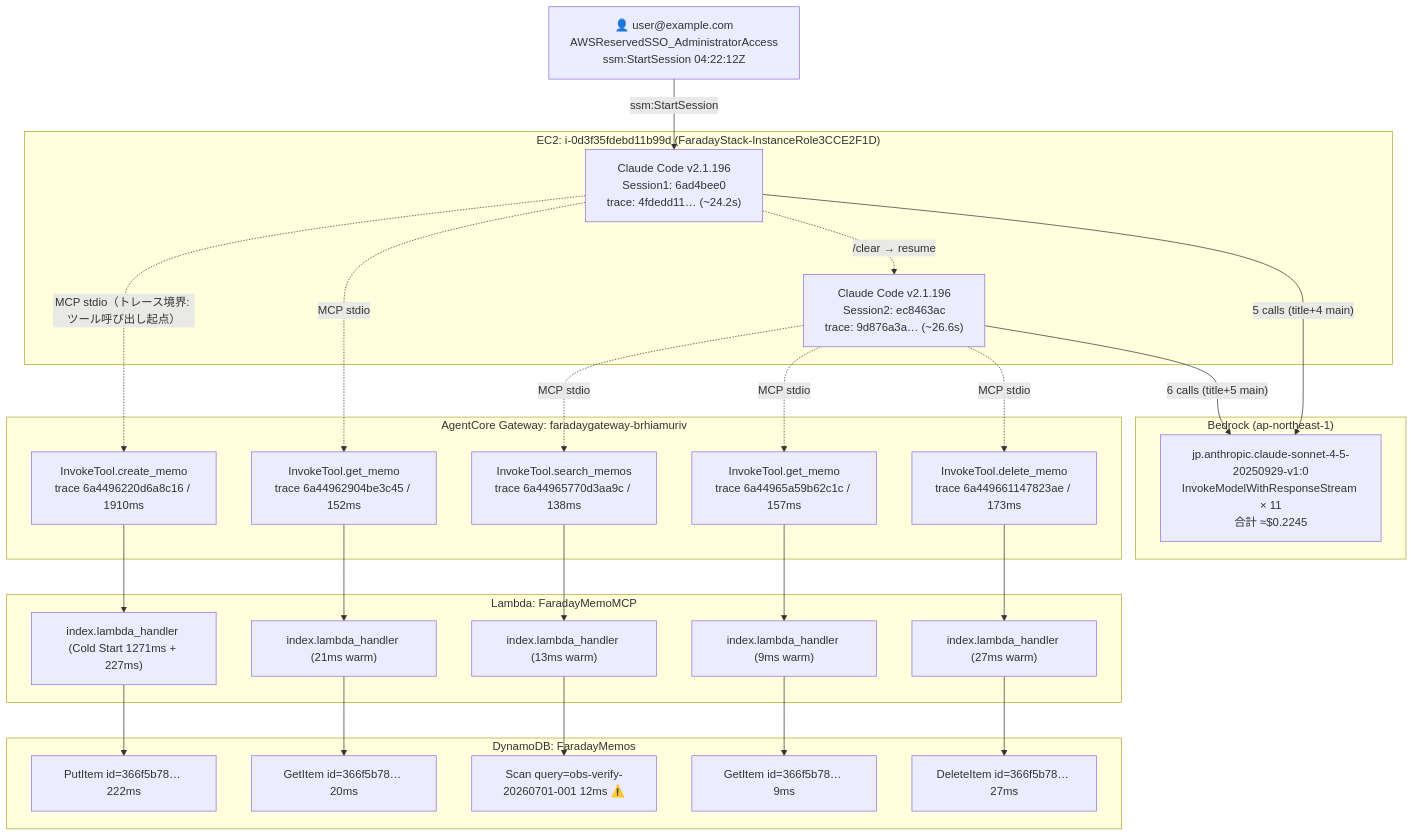
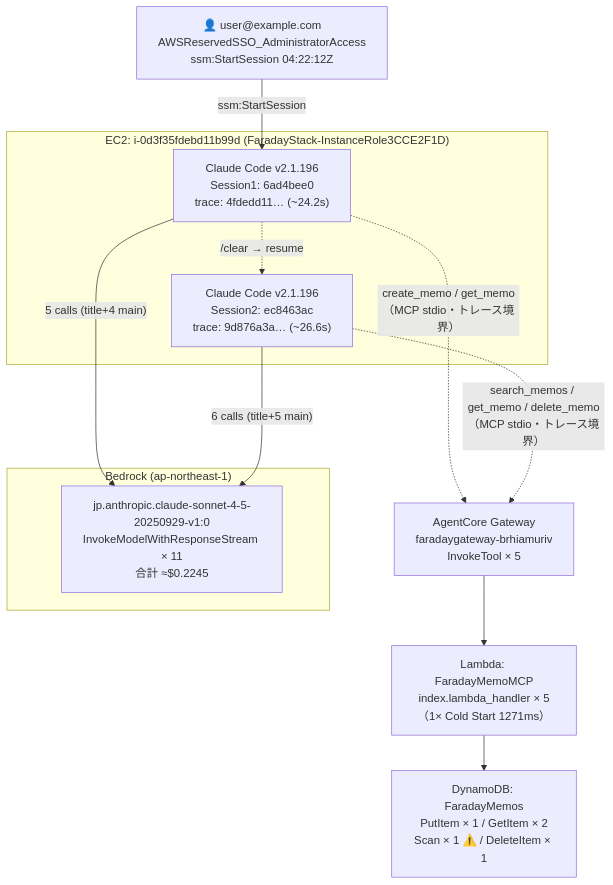
Before and after one commit to mahitotsu/faraday: the diagram in investigations/report-akio-ltzhoupvjbr9687j26ktcqxqgq.md, drawn with Mermaid.

Commit message:
Simplify Mermaid diagram: collapse Gateway/Lambda/DynamoDB to single nodes
Replace per-invocation GW1-5/LH1-5/DDB1-5 nodes with single boxes per
resource, showing total call counts and operation types. Makes repeated
access to the same resource visually obvious.

````diff
--- a/investigations/report-akio-ltzhoupvjbr9687j26ktcqxqgq.md
+++ b/investigations/report-akio-ltzhoupvjbr9687j26ktcqxqgq.md
@@ -185,53 +185,28 @@
 ```mermaid
 graph TD
     User["👤 user@example.com<br/>AWSReservedSSO_AdministratorAccess<br/>ssm:StartSession 04:22:12Z"]
 
     subgraph EC2["EC2: i-0d3f35fdebd11b99d (FaradayStack-InstanceRole3CCE2F1D)"]
         CC1["Claude Code v2.1.196<br/>Session1: 6ad4bee0<br/>trace: 4fdedd11… (~24.2s)"]
         CC2["Claude Code v2.1.196<br/>Session2: ec8463ac<br/>trace: 9d876a3a… (~26.6s)"]
     end
 
     subgraph BedrockSvc["Bedrock (ap-northeast-1)"]
         BR["jp.anthropic.claude-sonnet-4-5-20250929-v1:0<br/>InvokeModelWithResponseStream × 11<br/>合計 ≈$0.2245"]
     end
 
-    subgraph Gateway["AgentCore Gateway: faradaygateway-brhiamuriv"]
-        GW1["InvokeTool.create_memo<br/>trace 6a4496220d6a8c16 / 1910ms"]
-        GW2["InvokeTool.get_memo<br/>trace 6a44962904be3c45 / 152ms"]
-        GW3["InvokeTool.search_memos<br/>trace 6a44965770d3aa9c / 138ms"]
-        GW4["InvokeTool.get_memo<br/>trace 6a44965a59b62c1c / 157ms"]
-        GW5["InvokeTool.delete_memo<br/>trace 6a449661147823ae / 173ms"]
-    end
+    GW["AgentCore Gateway<br/>faradaygateway-brhiamuriv<br/>InvokeTool × 5"]
 
-    subgraph LambdaSvc["Lambda: FaradayMemoMCP"]
-        LH1["index.lambda_handler (Cold Start 1271ms + 227ms)"]
-        LH2["index.lambda_handler (21ms warm)"]
-        LH3["index.lambda_handler (13ms warm)"]
-        LH4["index.lambda_handler (9ms warm)"]
-        LH5["index.lambda_handler (27ms warm)"]
-    end
+    LH["Lambda: FaradayMemoMCP<br/>index.lambda_handler × 5<br/>（1× Cold Start 1271ms）"]
 
-    subgraph DynamoDBSvc["DynamoDB: FaradayMemos"]
-        DDB1["PutItem id=366f5b78… 222ms"]
-        DDB2["GetItem id=366f5b78… 20ms"]
-        DDB3["Scan query=obs-verify-20260701-001 12ms ⚠️"]
-        DDB4["GetItem id=366f5b78… 9ms"]
-        DDB5["DeleteItem id=366f5b78… 27ms"]
-    end
+    DDB["DynamoDB: FaradayMemos<br/>PutItem × 1 / GetItem × 2<br/>Scan × 1 ⚠️ / DeleteItem × 1"]
 
     User -->|"ssm:StartSession"| CC1
     CC1 -.->|"/clear → resume"| CC2
     CC1 -->|"5 calls (title+4 main)"| BR
     CC2 -->|"6 calls (title+5 main)"| BR
-    CC1 -.->|"MCP stdio（トレース境界: ツール呼び出し起点）"| GW1
-    CC1 -.->|"MCP stdio"| GW2
-    CC2 -.->|"MCP stdio"| GW3
-    CC2 -.->|"MCP stdio"| GW4
-    CC2 -.->|"MCP stdio"| GW5
+    CC1 -.->|"create_memo / get_memo<br/>（MCP stdio・トレース境界）"| GW
+    CC2 -.->|"search_memos / get_memo / delete_memo<br/>（MCP stdio・トレース境界）"| GW
 
-    GW1 --> LH1 --> DDB1
-    GW2 --> LH2 --> DDB2
-    GW3 --> LH3 --> DDB3
-    GW4 --> LH4 --> DDB4
-    GW5 --> LH5 --> DDB5
+    GW --> LH --> DDB
 ```
````
